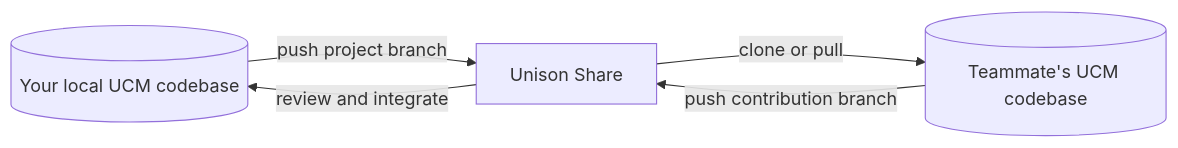
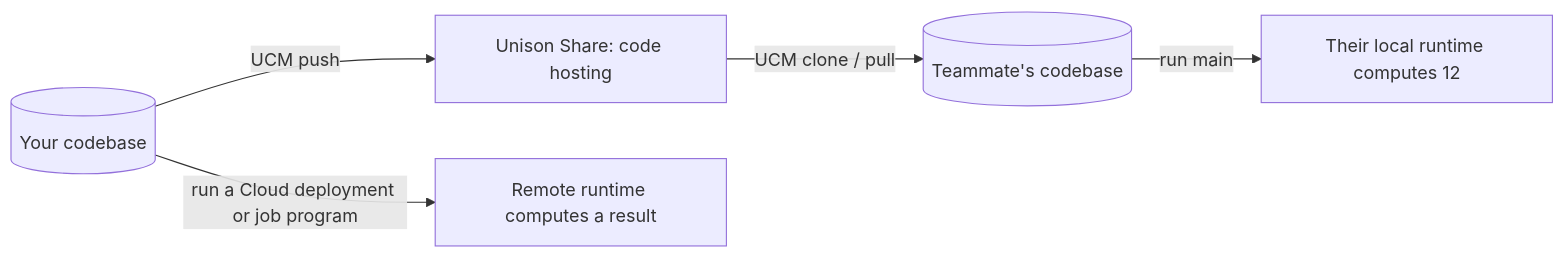
The second of 4 diagrams in docs/02-your-codebase-is-not-a-folder.md (conikeec/learn_you_unison), drawn with Mermaid before and after one commit. The commit also changed other lines of this file and 11 other files, not shown here.

Commit message:
Teach Unison through Git, local execution, and distributed map reduce

````diff
--- a/docs/02-your-codebase-is-not-a-folder.md
+++ b/docs/02-your-codebase-is-not-a-folder.md
@@ -149,7 +122,7 @@
 ```mermaid
 flowchart LR
-  YOU[("Your local UCM codebase")] -->|"push project branch"| SHARE["Unison Share"]
-  SHARE -->|"clone or pull"| TEAM[("Teammate's UCM codebase")]
-  TEAM -->|"push contribution branch"| SHARE
-  SHARE -->|"review and integrate"| YOU
+  YOU[("Your codebase")] -->|"UCM push"| SHARE["Unison Share: code hosting"]
+  SHARE -->|"UCM clone / pull"| TEAM[("Teammate's codebase")]
+  TEAM -->|"run main"| LOCAL["Their local runtime computes 12"]
+  YOU -->|"run a Cloud deployment or job program"| CLOUD["Remote runtime computes a result"]
 ```
````
